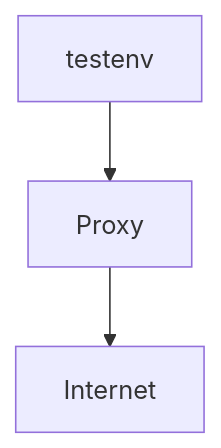
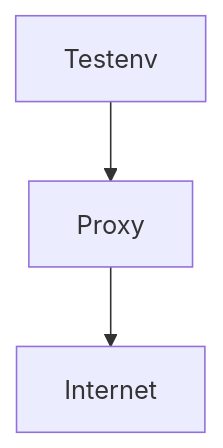
One commit to theoden9014/proxy-whitelist-tester changed the diagram in README.md. Above: the diagram before and after it, drawn with Mermaid. The commit also changed other lines of this file and 1 other file, not shown here.

Commit message:
change hostname

````diff
--- a/README.md
+++ b/README.md
@@ -5,5 +5,5 @@
 ```mermaid
 graph TD;
-    testenv-->Proxy;
+    Testenv-->Proxy;
     Proxy-->Internet;
 ```
````
